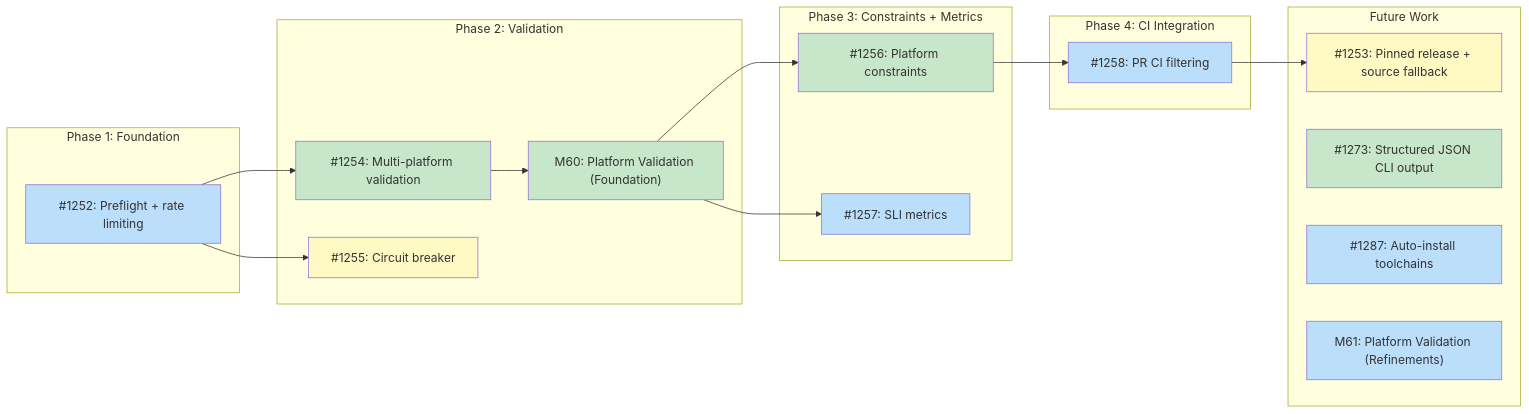
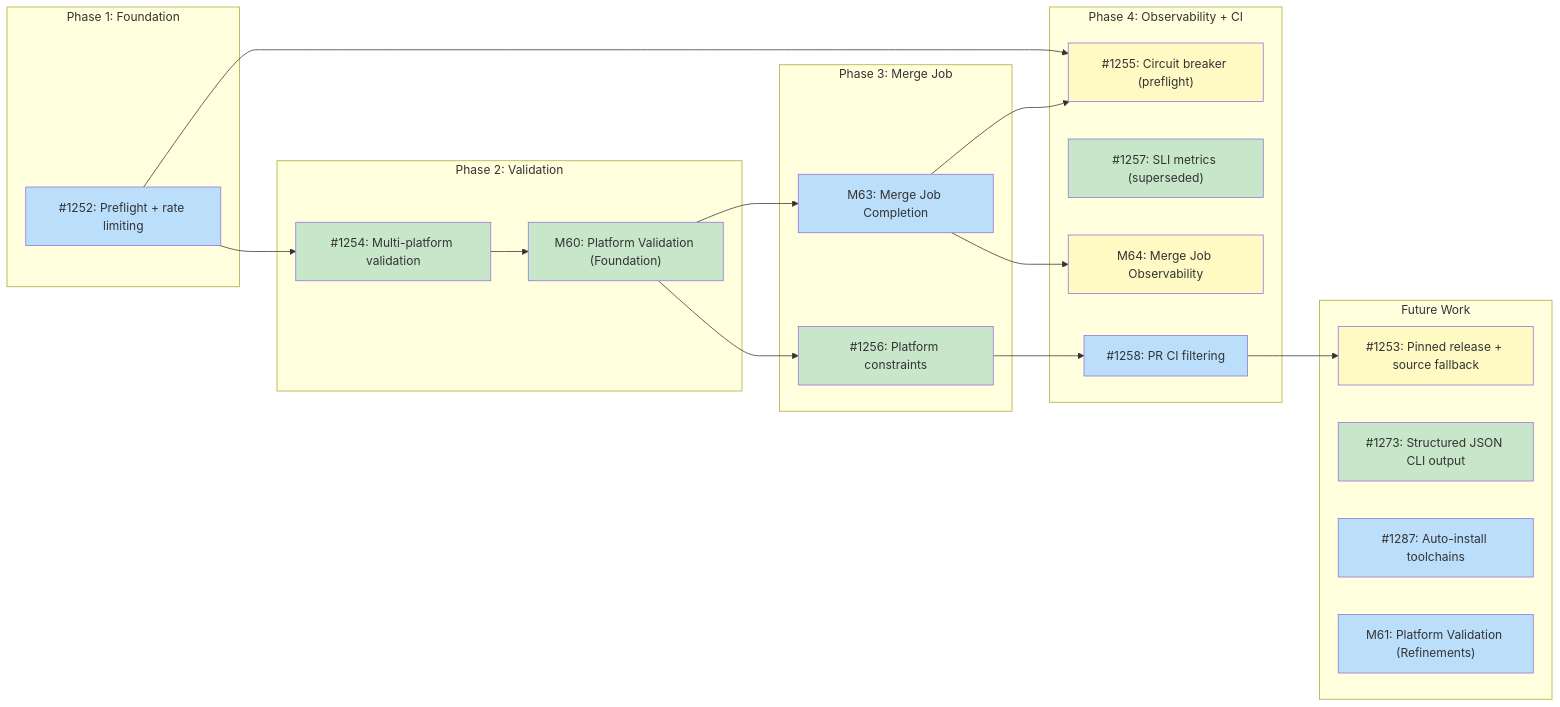
One commit to tsukumogami/tsuku changed the diagram in docs/designs/DESIGN-batch-recipe-generation.md. Above: the diagram before and after it, drawn with Mermaid. The commit also changed other lines of this file and 1 other file, not shown here.

Commit message:
docs(design): split merge job milestones into core and observability (#1370)
Split the Merge Job Completion milestone (M63) into two milestones
following the same pattern used for DESIGN-batch-platform-validation.md
(M60 Foundation / M61 Refinements):

- **M63 (Merge Job Completion)**: batch_id generation, recipe list
tracking, circuit breaker updates, queue status sync. These make the
pipeline functionally complete with rollback support and queue
synchronization.
- **M64 (Merge Job Observability)**: SLI metrics collection (#1351) and
auto-merge gating (#1353). Needed at scale but the pipeline works
without them.

Updates both DESIGN-merge-job-completion.md and
DESIGN-batch-recipe-generation.md with the new milestone structure and
dependency graph. Closes #1257 as superseded by #1351.

````diff
--- a/docs/designs/DESIGN-batch-recipe-generation.md
+++ b/docs/designs/DESIGN-batch-recipe-generation.md
@@ -32,49 +34,51 @@
 ```mermaid
 graph LR
     subgraph Phase1["Phase 1: Foundation"]
         I1252["#1252: Preflight + rate limiting"]
     end
 
     subgraph Phase2["Phase 2: Validation"]
         I1254["#1254: Multi-platform validation"]
-        I1255["#1255: Circuit breaker"]
         M60["M60: Platform Validation (Foundation)"]
     end
 
-    subgraph Phase3["Phase 3: Constraints + Metrics"]
+    subgraph Phase3["Phase 3: Merge Job"]
         I1256["#1256: Platform constraints"]
-        I1257["#1257: SLI metrics"]
+        M63["M63: Merge Job Completion"]
     end
 
-    subgraph Phase4["Phase 4: CI Integration"]
+    subgraph Phase4["Phase 4: Observability + CI"]
+        I1255["#1255: Circuit breaker (preflight)"]
+        I1257["#1257: SLI metrics (superseded)"]
+        M64["M64: Merge Job Observability"]
         I1258["#1258: PR CI filtering"]
     end
 
     subgraph Future["Future Work"]
         I1253["#1253: Pinned release + source fallback"]
         I1273["#1273: Structured JSON CLI output"]
         I1287["#1287: Auto-install toolchains"]
         M61["M61: Platform Validation (Refinements)"]
     end
 
     I1252 --> I1254
-    I1252 --> I1255
     I1254 --> M60
     M60 --> I1256
-    M60 --> I1257
+    M60 --> M63
     I1256 --> I1258
     I1258 --> I1253
+    M63 --> I1255
+    I1252 --> I1255
+    M63 --> M64
 
     classDef done fill:#c8e6c9
     classDef ready fill:#bbdefb
     classDef blocked fill:#fff9c4
     classDef needsDesign fill:#e1bee7
 
-    class I1252 ready
-    class I1253 blocked
-    class I1254,I1273 done
-    class I1252,I1287,M61 ready
+    class I1254,I1273,I1257 done
     class M60,I1256 done
-    class I1255 blocked
-    class I1257,I1258 ready
+    class I1252,I1287,M61,M63 ready
+    class I1253,I1255,M64 blocked
+    class I1258 ready
 ```
````
